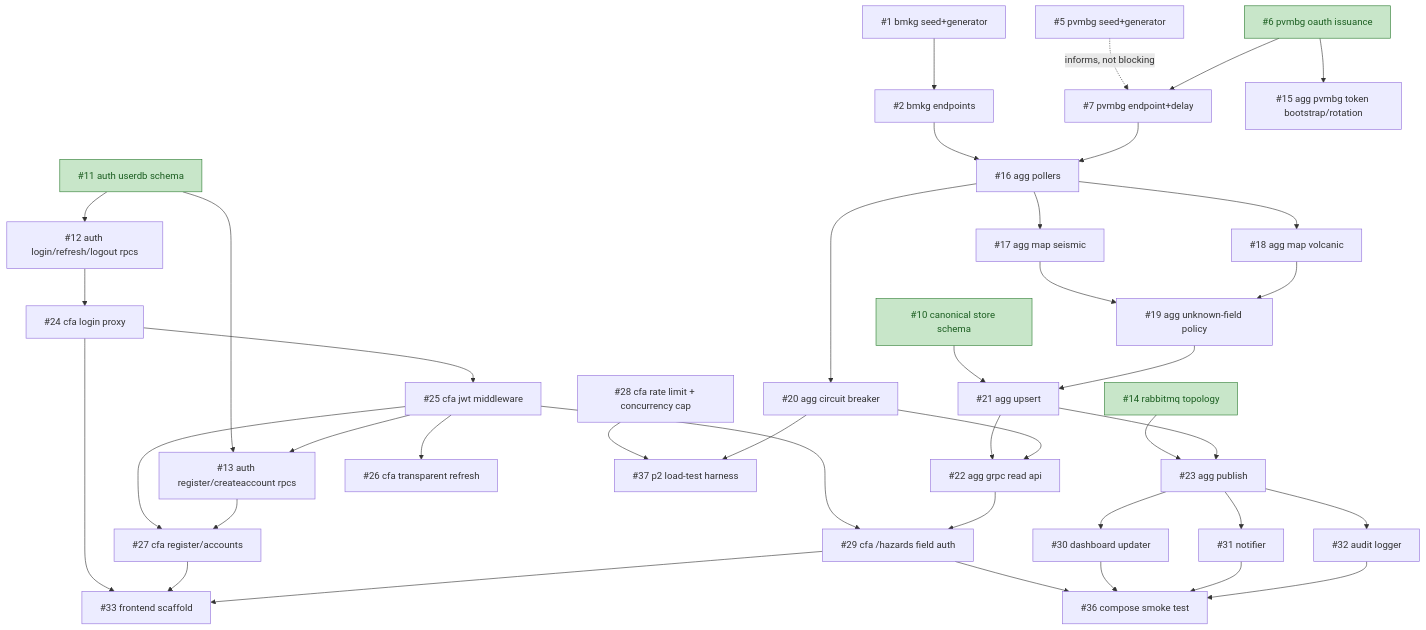
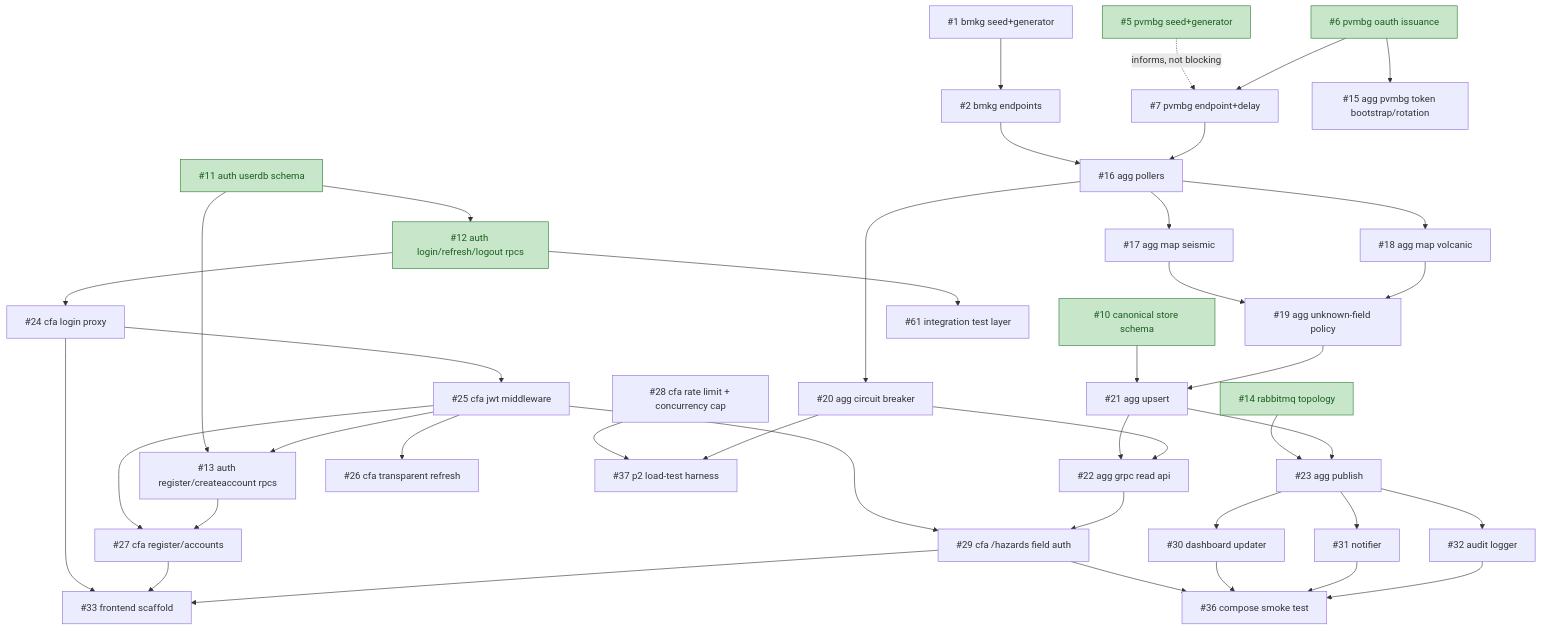
The diagram in doc/BACKLOG_DEPENDENCIES.md (brii26/distributed-hazard-coordination), drawn with Mermaid before and after one commit. The commit also changed other lines of this file, not shown here.

````diff
--- a/doc/BACKLOG_DEPENDENCIES.md
+++ b/doc/BACKLOG_DEPENDENCIES.md
@@ -28,55 +27,56 @@
 ```mermaid
 graph TD
   1["#1 bmkg seed+generator"] --> 2["#2 bmkg endpoints"]
   5["#5 pvmbg seed+generator"] -.->|informs, not blocking| 7
 
   6["#6 pvmbg oauth issuance"] --> 15["#15 agg pvmbg token bootstrap/rotation"]
   6 --> 7["#7 pvmbg endpoint+delay"]
 
   2 --> 16["#16 agg pollers"]
   7 --> 16
   16 --> 17["#17 agg map seismic"]
   16 --> 18["#18 agg map volcanic"]
   16 --> 20["#20 agg circuit breaker"]
   17 --> 19["#19 agg unknown-field policy"]
   18 --> 19
 
   10["#10 canonical store schema"] --> 21["#21 agg upsert"]
   19 --> 21
   21 --> 22["#22 agg grpc read api"]
   20 --> 22
 
   14["#14 rabbitmq topology"] --> 23["#23 agg publish"]
   21 --> 23
 
   11["#11 auth userdb schema"] --> 12["#12 auth login/refresh/logout rpcs"]
   11 --> 13["#13 auth register/createaccount rpcs"]
 
   12 --> 24["#24 cfa login proxy"]
+  12 --> 61["#61 integration test layer"]
   24 --> 25["#25 cfa jwt middleware"]
   25 --> 26["#26 cfa transparent refresh"]
   25 --> 13
   25 --> 27["#27 cfa register/accounts"]
   13 --> 27
   25 --> 29["#29 cfa /hazards field auth"]
   22 --> 29
 
   23 --> 30["#30 dashboard updater"]
   23 --> 31["#31 notifier"]
   23 --> 32["#32 audit logger"]
 
   24 --> 33["#33 frontend scaffold"]
   27 --> 33
   29 --> 33
 
   29 --> 36["#36 compose smoke test"]
   30 --> 36
   31 --> 36
   32 --> 36
 
   28["#28 cfa rate limit + concurrency cap"] --> 37["#37 p2 load-test harness"]
   20 --> 37
 
   classDef done fill:#c8e6c9,stroke:#2e7d32,color:#1b5e20
-  class 6,10,11,14 done
+  class 5,6,10,11,12,14 done
 ```
````
